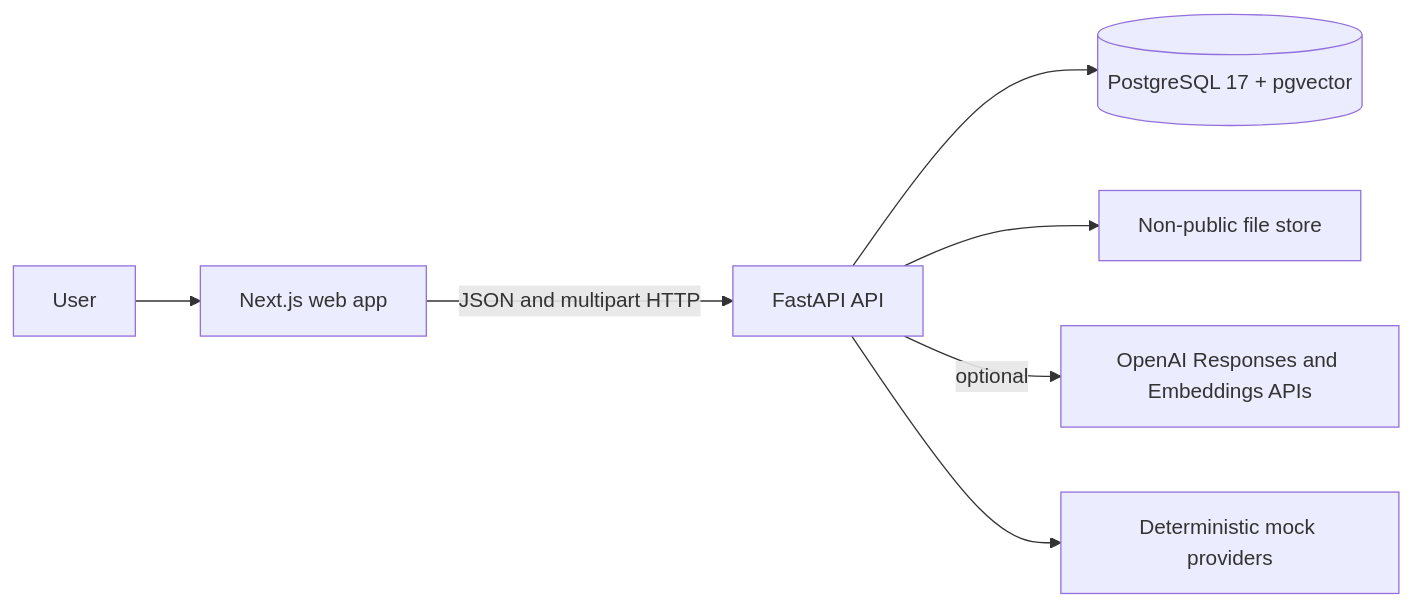
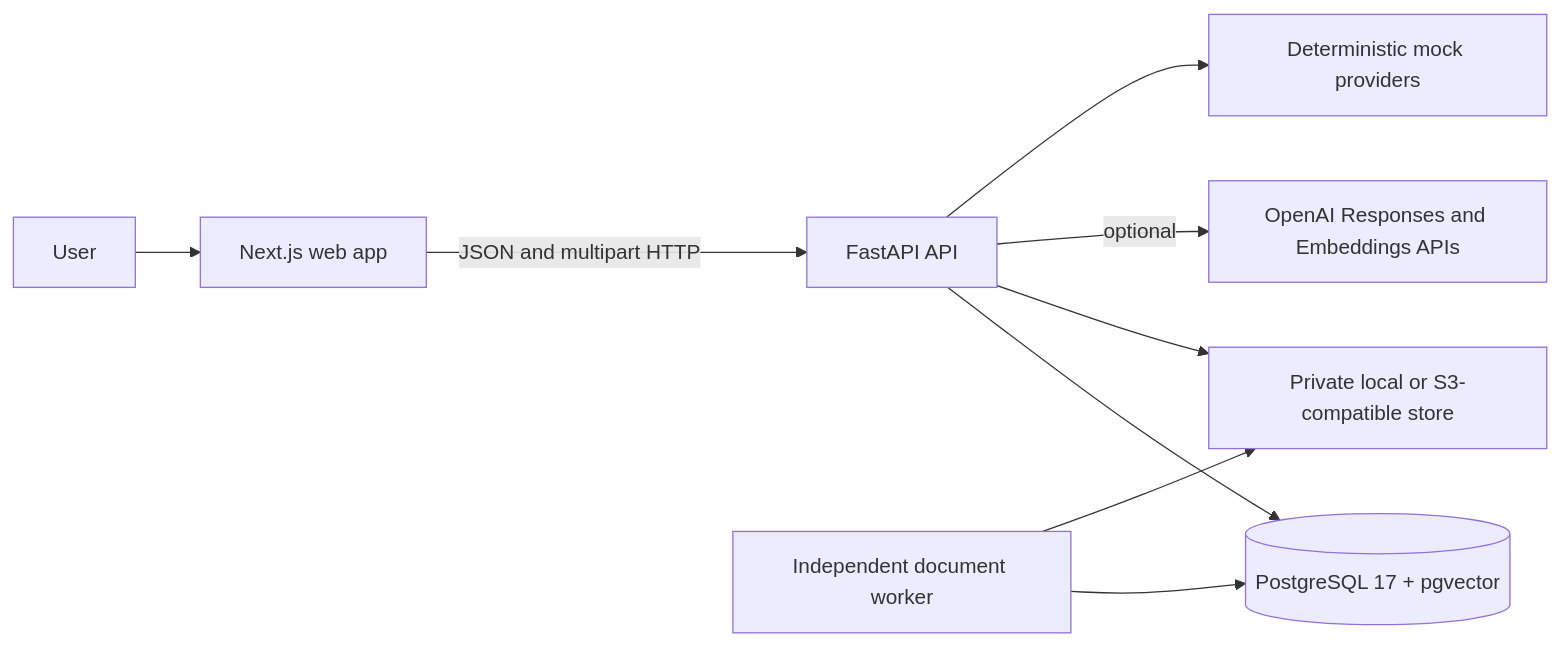
Before and after one commit to hawkelement333-glitch/opencanvas-ai: the first of 3 diagrams in docs/ARCHITECTURE.md, drawn with Mermaid. The commit also changed other lines of this file and 11 other files, not shown here.

````diff
--- a/docs/ARCHITECTURE.md
+++ b/docs/ARCHITECTURE.md
@@ -7,9 +9,11 @@
 ```mermaid
 flowchart LR
     User["User"] --> Web["Next.js web app"]
     Web -->|"JSON and multipart HTTP"| API["FastAPI API"]
     API --> DB[("PostgreSQL 17 + pgvector")]
-    API --> Store["Non-public file store"]
+    API --> Store["Private local or S3-compatible store"]
+    Worker["Independent document worker"] --> DB
+    Worker --> Store
     API -->|"optional"| OpenAI["OpenAI Responses and Embeddings APIs"]
     API --> Mock["Deterministic mock providers"]
 ```
````
